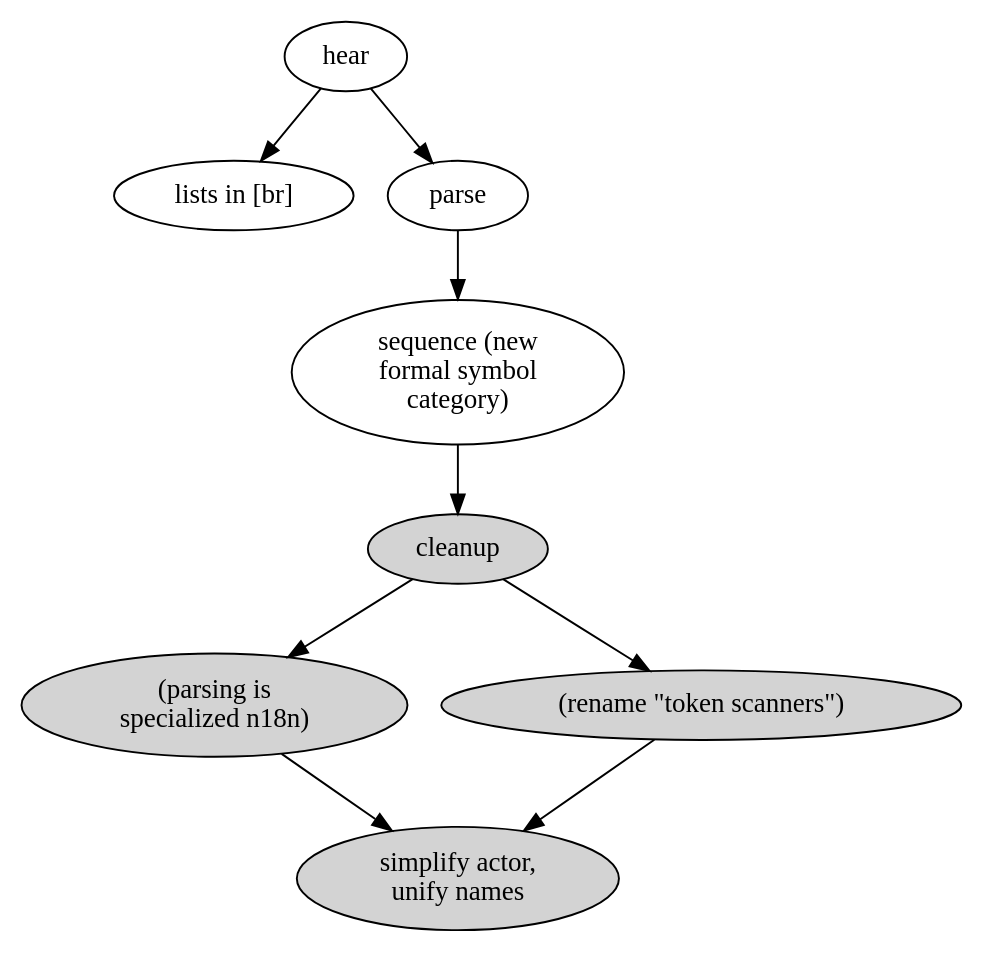
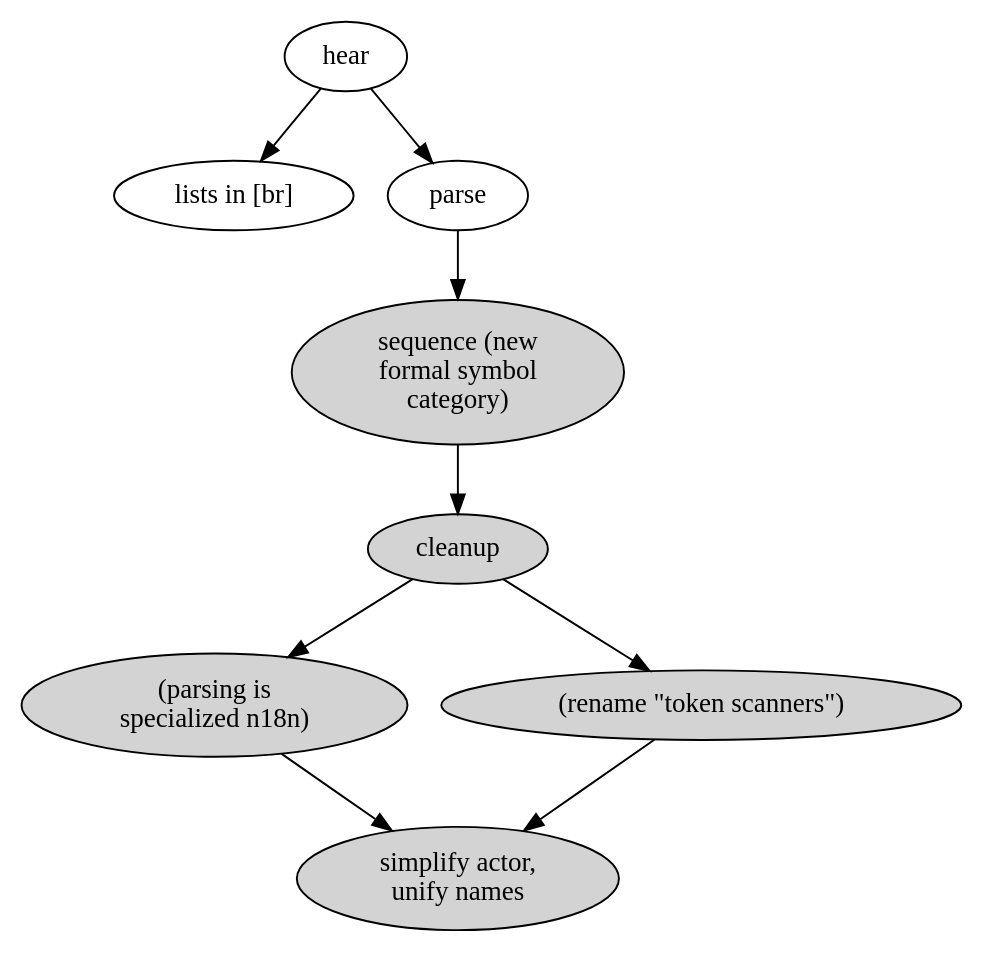
One commit to hipe/tmx changed the diagram in doc/the-big-picture-of-now-03.dot. Above: the diagram before and after it, drawn with Graphviz. The commit also changed 26 other files, not shown here.

```diff
--- a/doc/the-big-picture-of-now-03.dot
+++ b/doc/the-big-picture-of-now-03.dot
@@ -1,25 +1,25 @@
 digraph {
 
 
   hear [label="hear"]
   lists [label="lists in [br]"]
   parse [label="parse"]
   x1 [label="(parsing is\nspecialized n18n)" style=filled]
   x2 [label="(rename \"token scanners\")" style=filled]
   cleanup [style=filled]
-  sequence [label="sequence (new\nformal symbol\ncategory)"]
+  sequence [label="sequence (new\nformal symbol\ncategory)" style=filled]
   x4 [label="simplify actor,\nunify names" style=filled ]
 
   hear->lists
   hear->parse
   parse->sequence
   sequence->cleanup
   cleanup->x1
   cleanup->x2
 
   x1->x4
   x2->x4
 
 
   # that one color of blue: fillcolor="#b5d5fb" style=filled
 }
```
